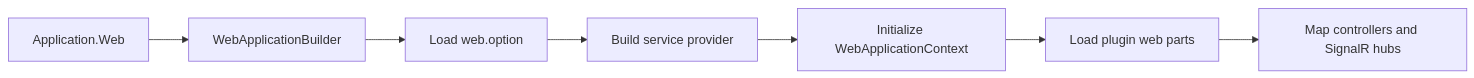
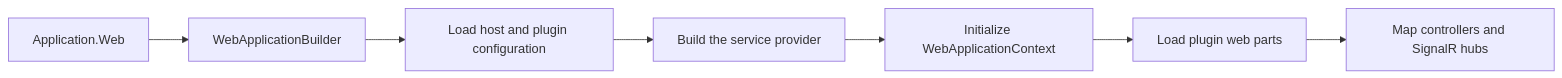
Before and after one commit to Zongsoft/framework: the diagram in Zongsoft.Plugins.Web/README.md, drawn with Mermaid. The commit also changed other lines of this file and 37 other files, not shown here.

````diff
--- a/Zongsoft.Plugins.Web/README.md
+++ b/Zongsoft.Plugins.Web/README.md
@@ -21,9 +21,9 @@
 ```mermaid
 flowchart LR
 	A[Application.Web] --> B[WebApplicationBuilder]
-	B --> C[Load web.option]
-	C --> D[Build service provider]
+	B --> C[Load host and plugin configuration]
+	C --> D[Build the service provider]
 	D --> E[Initialize WebApplicationContext]
 	E --> F[Load plugin web parts]
 	F --> G[Map controllers and SignalR hubs]
 ```
````
